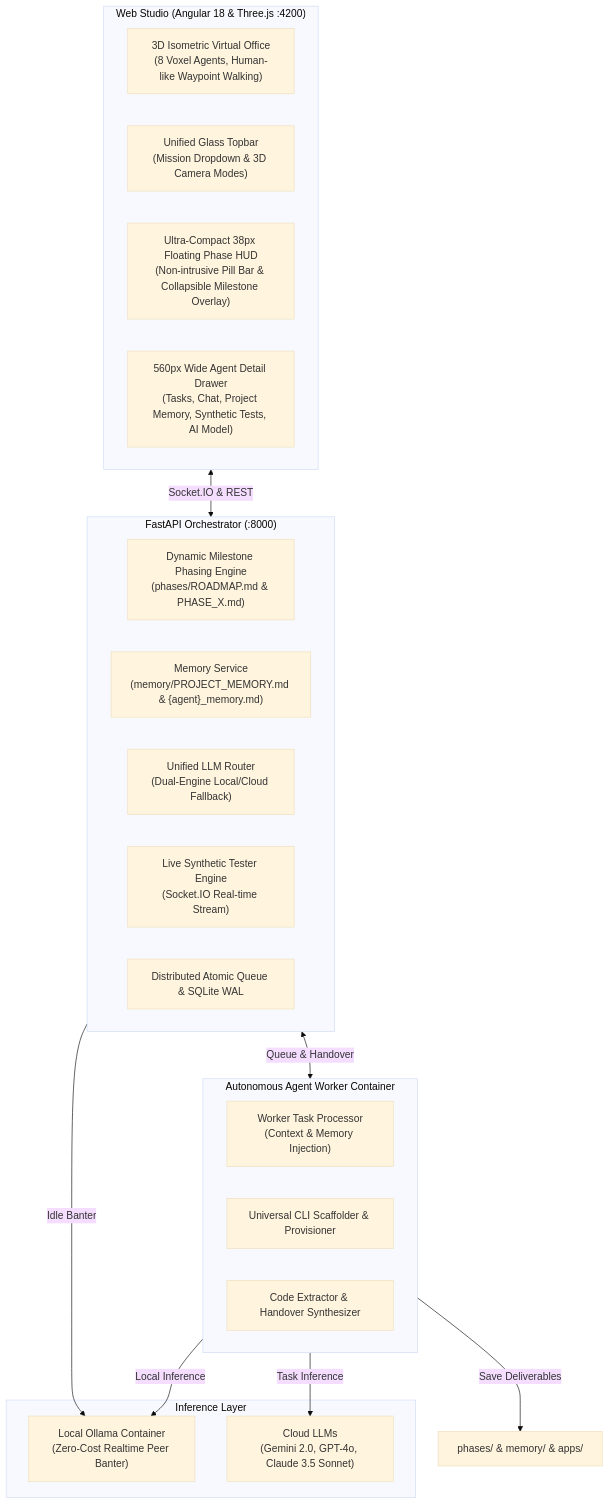
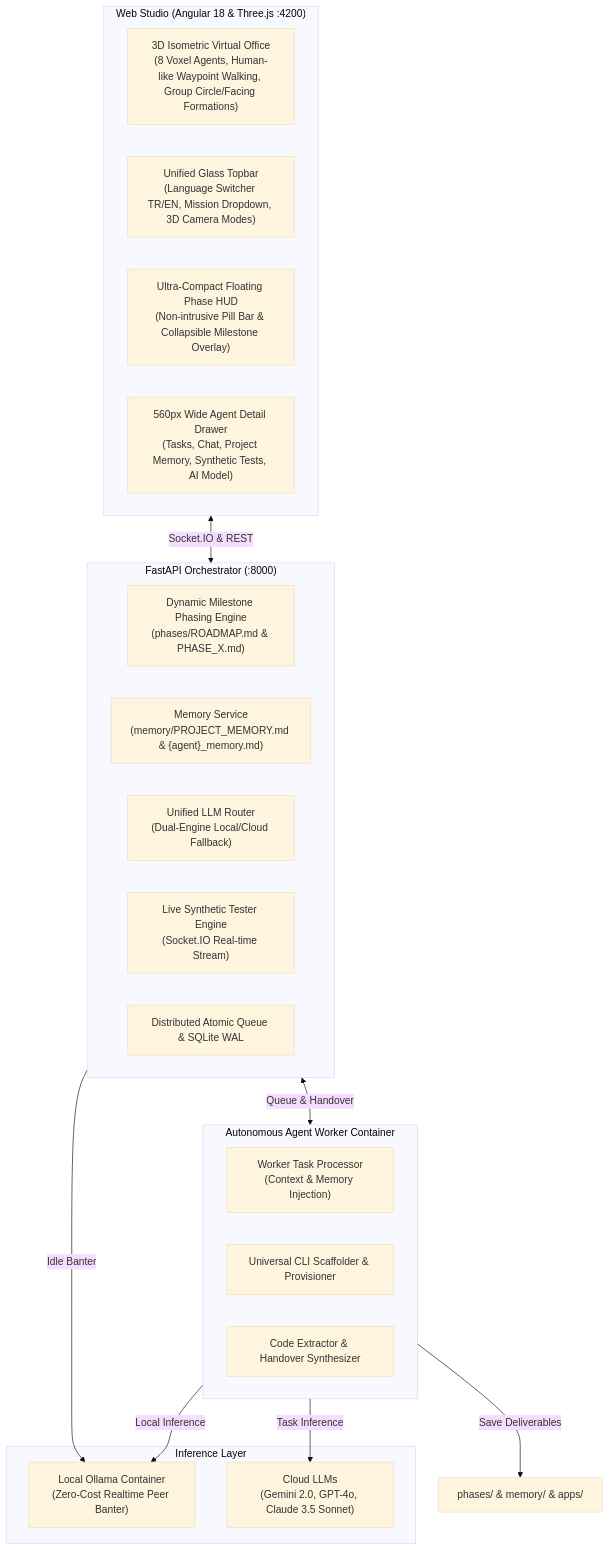
Before and after one commit to fathasss/has-ai-studio: the diagram in README.md, drawn with Mermaid (base theme). The commit also changed other lines of this file and 45 other files, not shown here.

````diff
--- a/README.md
+++ b/README.md
@@ -16,35 +17,35 @@
 ```mermaid
 flowchart TD
     subgraph UI["Web Studio (Angular 18 & Three.js :4200)"]
-        Canvas["3D Isometric Virtual Office\n(8 Voxel Agents, Human-like Waypoint Walking)"]
-        TopBar["Unified Glass Topbar\n(Mission Dropdown & 3D Camera Modes)"]
-        PhaseHUD["Ultra-Compact 38px Floating Phase HUD\n(Non-intrusive Pill Bar & Collapsible Milestone Overlay)"]
+        Canvas["3D Isometric Virtual Office\n(8 Voxel Agents, Human-like Waypoint Walking, Group Circle/Facing Formations)"]
+        TopBar["Unified Glass Topbar\n(Language Switcher TR/EN, Mission Dropdown, 3D Camera Modes)"]
+        PhaseHUD["Ultra-Compact Floating Phase HUD\n(Non-intrusive Pill Bar & Collapsible Milestone Overlay)"]
         Drawer["560px Wide Agent Detail Drawer\n(Tasks, Chat, Project Memory, Synthetic Tests, AI Model)"]
     end
 
     subgraph Core["FastAPI Orchestrator (:8000)"]
         PhaseService["Dynamic Milestone Phasing Engine\n(phases/ROADMAP.md & PHASE_X.md)"]
         MemoryService["Memory Service\n(memory/PROJECT_MEMORY.md & {agent}_memory.md)"]
         UnifiedLLM["Unified LLM Router\n(Dual-Engine Local/Cloud Fallback)"]
         LiveTester["Live Synthetic Tester Engine\n(Socket.IO Real-time Stream)"]
         GlobalLock["Distributed Atomic Queue & SQLite WAL"]
     end
 
     subgraph Workers["Autonomous Agent Worker Container"]
         WorkerService["Worker Task Processor\n(Context & Memory Injection)"]
         UniversalScaffold["Universal CLI Scaffolder & Provisioner"]
         CodeExtractor["Code Extractor & Handover Synthesizer"]
     end
 
     subgraph Engines["Inference Layer"]
         Ollama["Local Ollama Container\n(Zero-Cost Realtime Peer Banter)"]
         CloudLLM["Cloud LLMs\n(Gemini 2.0, GPT-4o, Claude 3.5 Sonnet)"]
     end
 
     UI <-->|Socket.IO & REST| Core
     Core <-->|Queue & Handover| Workers
     Core -->|Idle Banter| Ollama
     Workers -->|Task Inference| CloudLLM
     Workers -->|Local Inference| Ollama
     Workers -->|Save Deliverables| FS["phases/ & memory/ & apps/"]
 ```
````
